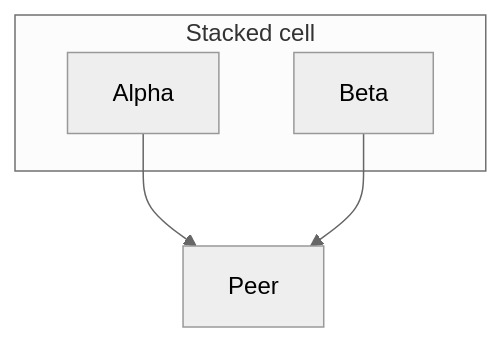
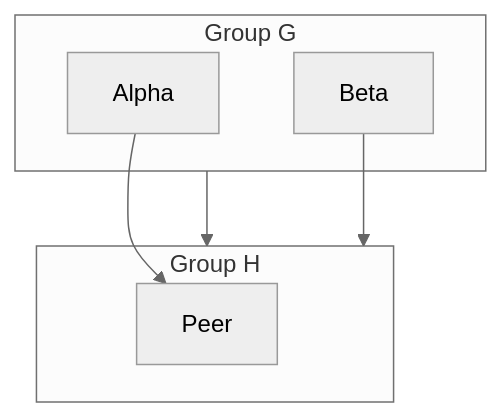
One commit to mermaid-js/mermaid changed the fifth of 6 diagrams in docs/syntax/grid-layout.md. Above: the diagram before and after it, drawn with Mermaid (neutral theme). The commit also changed other lines of this file and 1 other file, not shown here.

````diff
--- a/docs/syntax/grid-layout.md
+++ b/docs/syntax/grid-layout.md
@@ -191,16 +196,25 @@
 ```mermaid
 ---
 config:
   layout: grid
   grid:
     cellGap: 16
+    placements:
+      A: { row: 1, column: 1 }
+      B: { row: 2, column: 1 }
+      C: { row: 1, column: 1 }
+      G: { row: 1, column: 1 }
+      H: { row: 1, column: 2 }
 ---
 flowchart TB
-  subgraph G["Stacked cell"]
-    A["Alpha"]@{ row: 1, column: 1, horizontalAlign: left, verticalAlign: bottom }
-    B["Beta"]@{ row: 2, column: 1, horizontalAlign: right, verticalAlign: bottom }
+  subgraph G["Group G"]
+    A["Alpha"]
+    B["Beta"]
   end
-  C["Peer"]@{ row: 1, column: 2 }
+  subgraph H["Group H"]
+    C["Peer"]
+  end
   A --> C
-  B --> C
+  B --> H
+  G --> H
 ```
````
